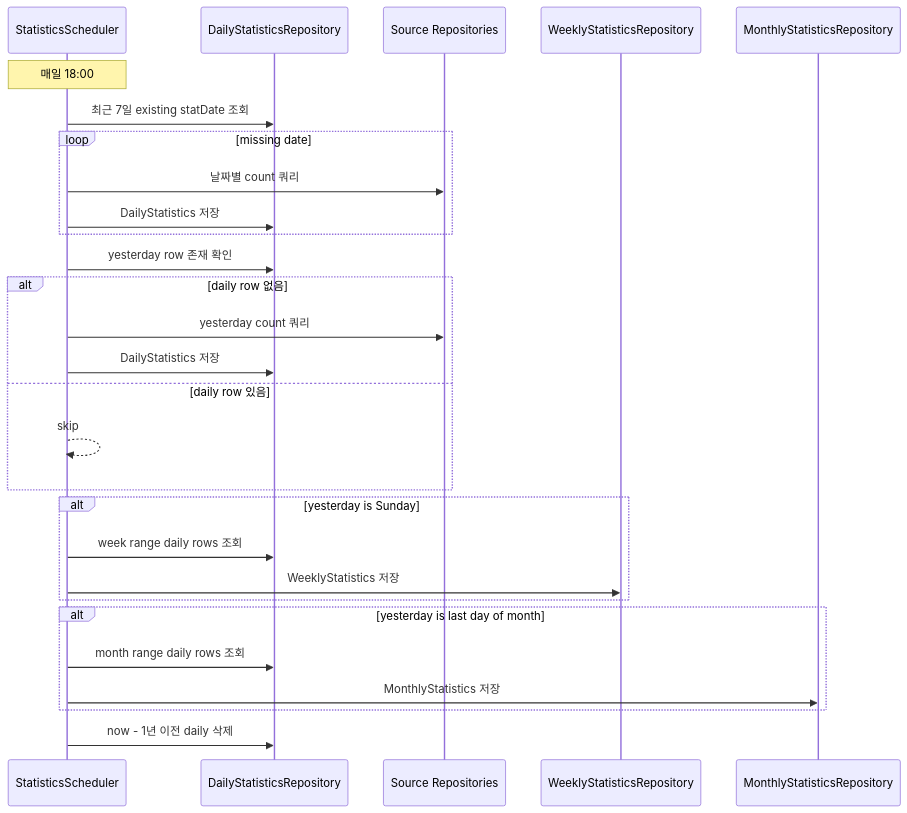
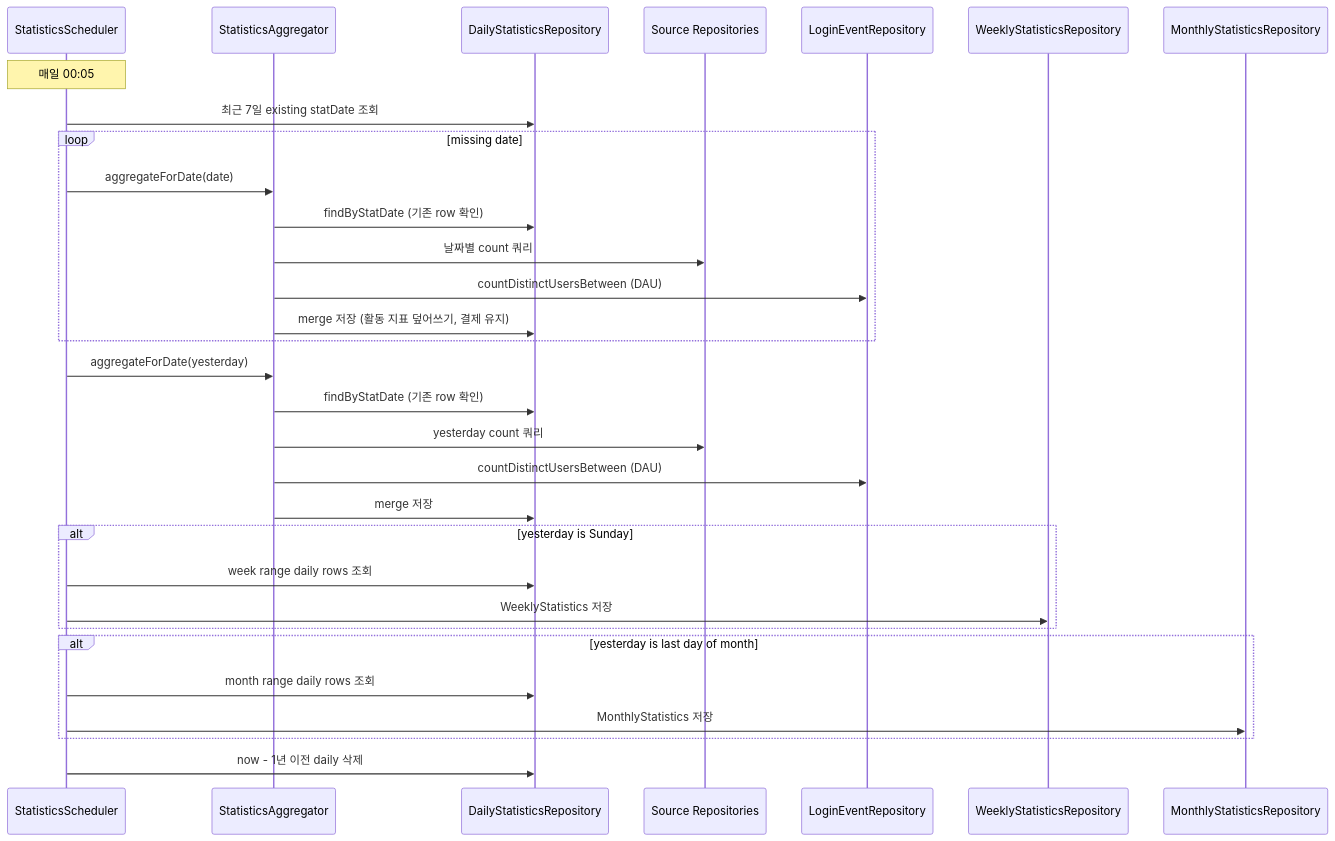
One commit to makkong1/makkong1-github.io changed the third of 7 diagrams in docs/architecture/관리자 대시보드 & 통계 시스템 아키텍처.md. Above: the diagram before and after it, drawn with Mermaid. The commit also changed other lines of this file and 17 other files, not shown here.

````diff
--- a/docs/architecture/관리자 대시보드 & 통계 시스템 아키텍처.md
+++ b/docs/architecture/관리자 대시보드 & 통계 시스템 아키텍처.md
@@ -83,31 +85,34 @@
 ```mermaid
 sequenceDiagram
   participant SCH as StatisticsScheduler
+  participant AGG as StatisticsAggregator
   participant Daily as DailyStatisticsRepository
   participant Sources as Source Repositories
+  participant Login as LoginEventRepository
   participant Weekly as WeeklyStatisticsRepository
   participant Monthly as MonthlyStatisticsRepository
 
-  Note over SCH: 매일 18:00
+  Note over SCH: 매일 00:05
   SCH->>Daily: 최근 7일 existing statDate 조회
   loop missing date
-    SCH->>Sources: 날짜별 count 쿼리
-    SCH->>Daily: DailyStatistics 저장
+    SCH->>AGG: aggregateForDate(date)
+    AGG->>Daily: findByStatDate (기존 row 확인)
+    AGG->>Sources: 날짜별 count 쿼리
+    AGG->>Login: countDistinctUsersBetween (DAU)
+    AGG->>Daily: merge 저장 (활동 지표 덮어쓰기, 결제 유지)
   end
-  SCH->>Daily: yesterday row 존재 확인
-  alt daily row 없음
-    SCH->>Sources: yesterday count 쿼리
-    SCH->>Daily: DailyStatistics 저장
-  else daily row 있음
-    SCH-->>SCH: skip
-  end
+  SCH->>AGG: aggregateForDate(yesterday)
+  AGG->>Daily: findByStatDate (기존 row 확인)
+  AGG->>Sources: yesterday count 쿼리
+  AGG->>Login: countDistinctUsersBetween (DAU)
+  AGG->>Daily: merge 저장
   alt yesterday is Sunday
     SCH->>Daily: week range daily rows 조회
     SCH->>Weekly: WeeklyStatistics 저장
   end
   alt yesterday is last day of month
     SCH->>Daily: month range daily rows 조회
     SCH->>Monthly: MonthlyStatistics 저장
   end
   SCH->>Daily: now - 1년 이전 daily 삭제
 ```
````
